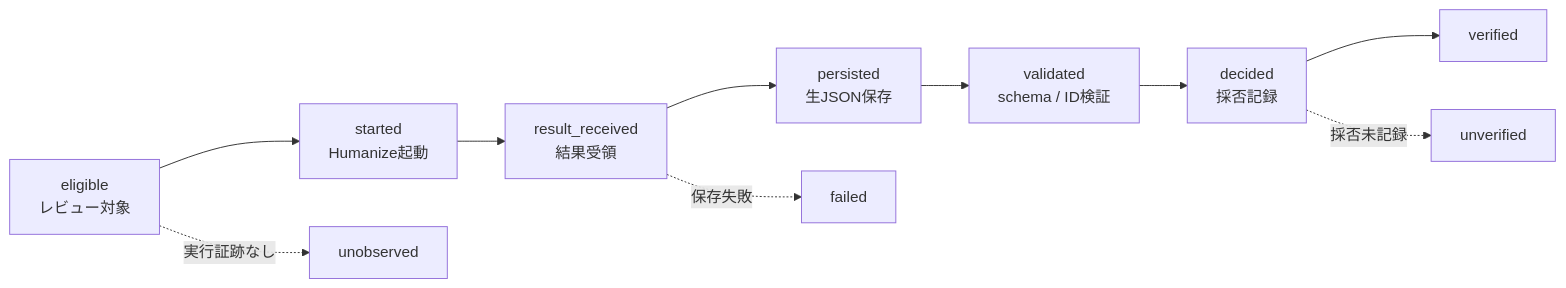
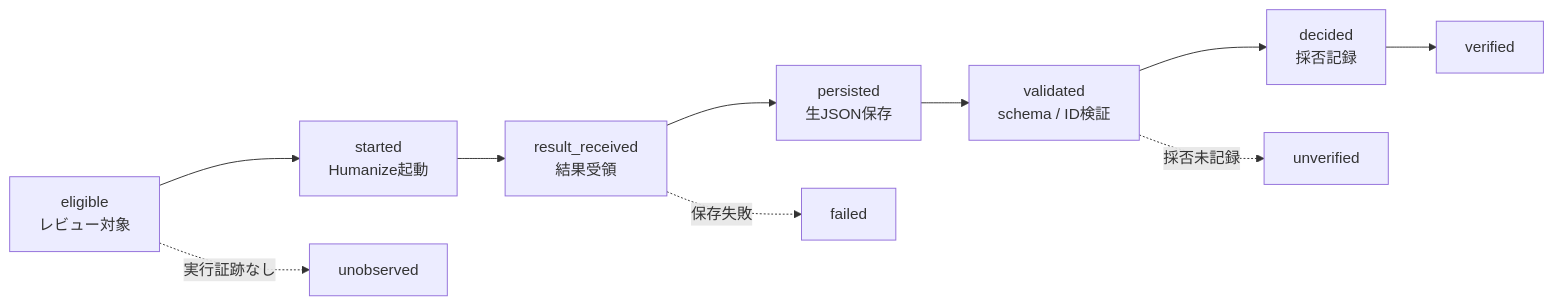
Before and after one commit to s977043/my-blog: the diagram in articles/ai-review-gate-not-called.md, drawn with Mermaid. The commit also changed other lines of this file and 1 other file, not shown here.

Commit message:
docs(article): 品質ゲート記事の状態遷移とレビュー記録を整合 (#509)
* docs(article): refine observability state model

* docs(review): align review record with latest article revision

````diff
--- a/articles/ai-review-gate-not-called.md
+++ b/articles/ai-review-gate-not-called.md
@@ -306,13 +306,13 @@
 ```mermaid
 flowchart LR
     A["eligible<br/>レビュー対象"] --> B["started<br/>Humanize起動"]
     B --> C["result_received<br/>結果受領"]
     C --> D["persisted<br/>生JSON保存"]
     D --> E["validated<br/>schema / ID検証"]
     E --> F["decided<br/>採否記録"]
     F --> G["verified"]
 
     A -. "実行証跡なし" .-> U["unobserved"]
     C -. "保存失敗" .-> X["failed"]
-    F -. "採否未記録" .-> V["unverified"]
+    E -. "採否未記録" .-> V["unverified"]
 ```
````
